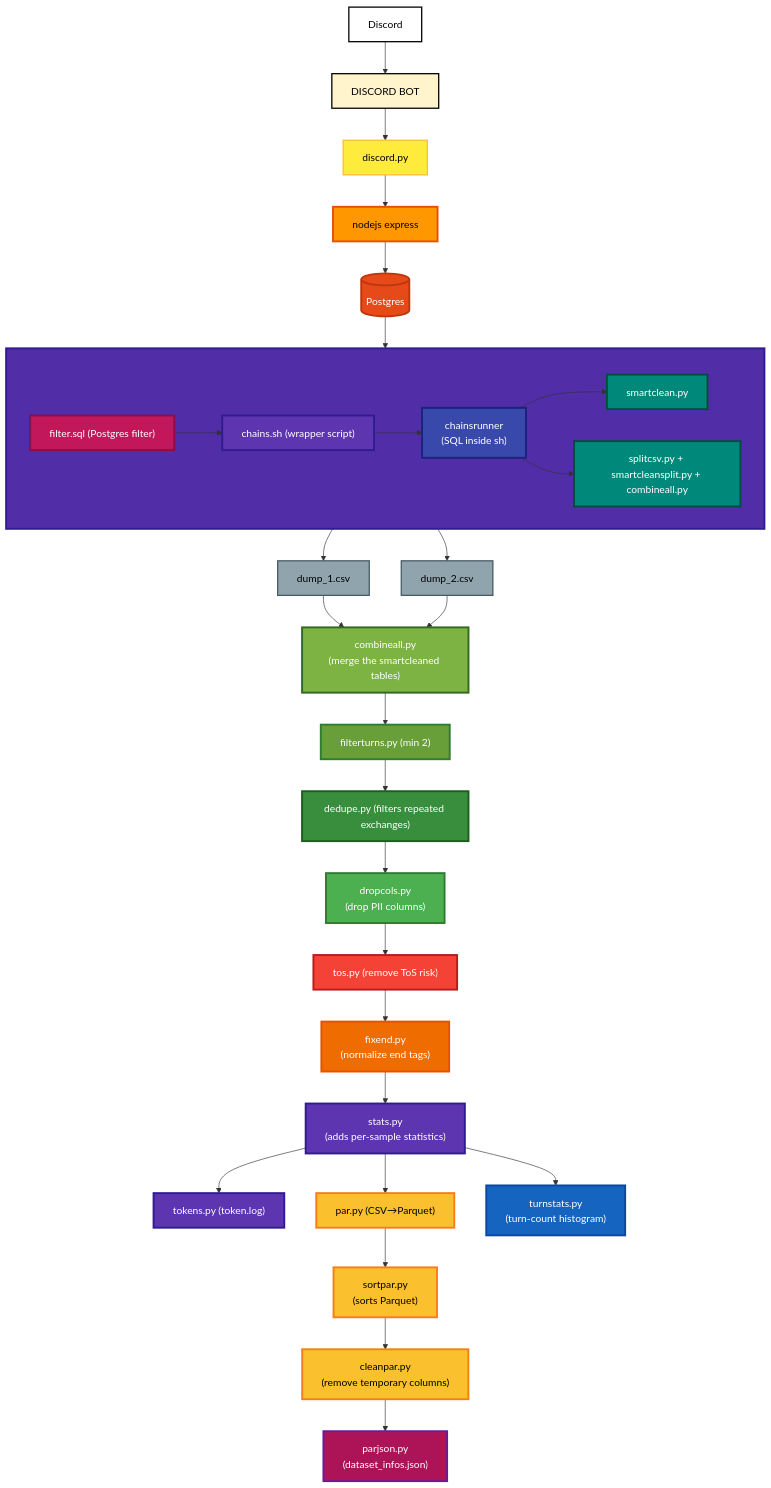
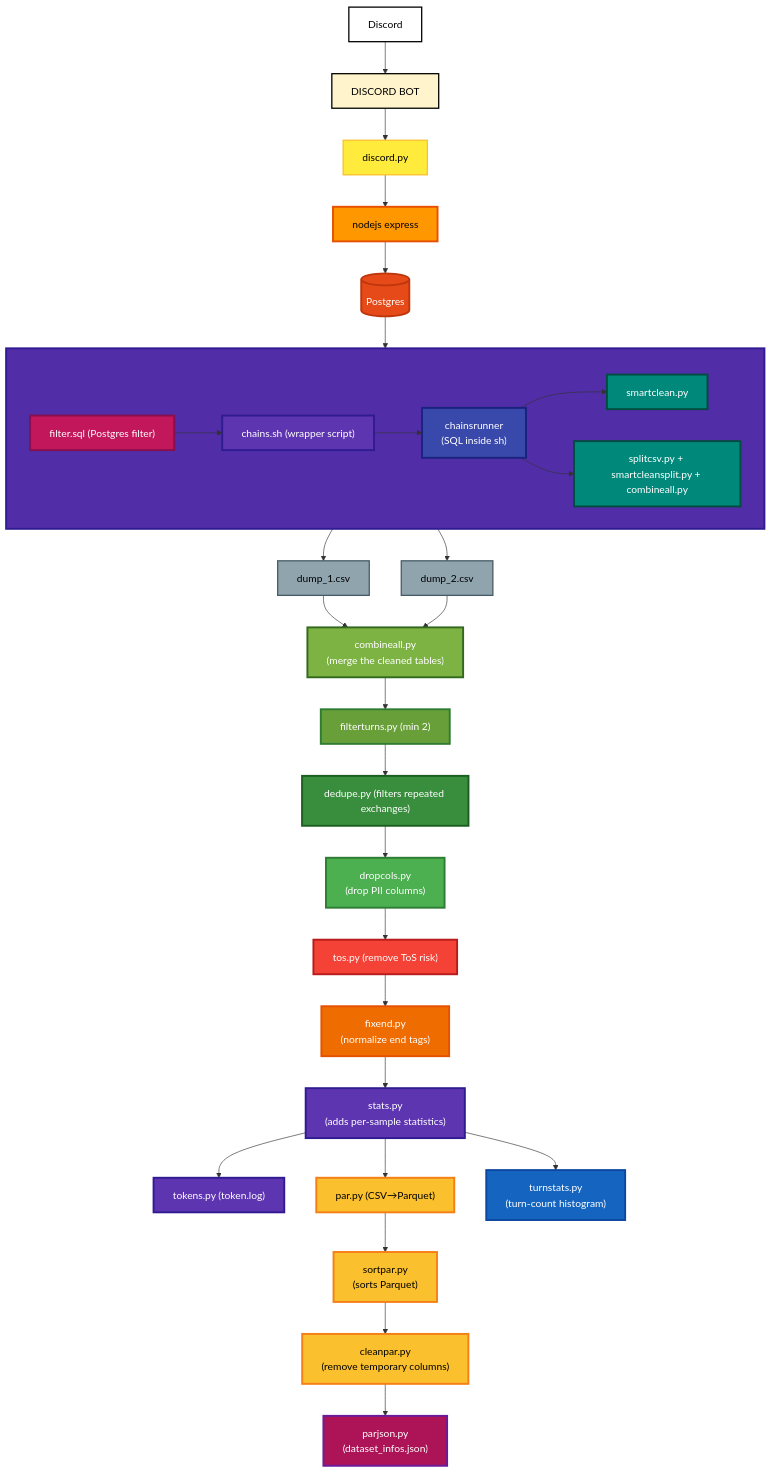
One commit to mookiezi/dataset-pipeline changed the diagram in README.md. Above: the diagram before and after it, drawn with Mermaid.

````diff
--- a/README.md
+++ b/README.md
@@ -11,65 +11,65 @@
 ```mermaid
 flowchart TD
     A[Discord]:::c1 --> B[DISCORD BOT]:::c2
     B --> C[discord.py]:::c3
     C --> D[nodejs express]:::c4
     D --> E[(Postgres)]:::db
 
     E --> G["filter.sql (Postgres filter)"]:::sql
 
     subgraph S[" "]
     direction LR
         G --> H["chains.sh (wrapper script)"]:::c9
         H --> J["chainsrunner<br>(SQL inside sh)"]:::c10
     J --> K["smartclean.py"]:::clean
     J --> L["splitcsv.py + smartcleansplit.py + combineall.py"]:::clean
     end
     style S fill:#512da8,stroke:#311b92,color:#ffffff,stroke-width:3px
 
     %% One dump from each branch
     K --> M1["dump_1.csv"]:::file
     L --> M2["dump_2.csv"]:::file
 
     %% Both go into combineall.py
-    M1 --> N["combineall.py<br>(merge the smartcleaned tables)"]:::c15
+    M1 --> N["combineall.py<br>(merge the cleaned tables)"]:::c15
     M2 --> N
     N --> O["filterturns.py (min 2)"]:::c16
     O --> P["dedupe.py (filters repeated exchanges)"]:::c17
     P --> Q["dropcols.py<br>(drop PII columns)"]:::c18
     Q --> R["tos.py (remove ToS risk)"]:::tos
     R --> S1["fixend.py<br>(normalize end tags)"]:::fix
     S1 --> T["stats.py<br>(adds per-sample statistics)"]:::stats
 
     %% Stats branches → center par.py
     T --> Y["tokens.py (token.log)"]:::stats
     T --> U["par.py (CSV→Parquet)"]:::pack
     T --> Z["turnstats.py<br>(turn-count histogram)"]:::hist
 
     U --> V["sortpar.py<br>(sorts Parquet)"]:::pack
     V --> W["cleanpar.py<br>(remove temporary columns)"]:::pack
     W --> X["parjson.py<br>(dataset_infos.json)"]:::meta
 
     %% STYLE CLASSES (use colons)
     classDef c1 fill:#ffffff,stroke:#000000,color:#000000,stroke-width:2px
     classDef c2 fill:#fff4cc,stroke:#000000,color:#000000,stroke-width:2px
     classDef c3 fill:#ffeb3b,stroke:#fbc02d,color:#000000,stroke-width:2px
     classDef c4 fill:#ff9800,stroke:#e65100,color:#000000,stroke-width:3px
     classDef db fill:#e64a19,stroke:#bf360c,color:#ffffff,stroke-width:3px
     classDef sql fill:#c2185b,stroke:#880e4f,color:#ffffff,stroke-width:3px
     classDef c7 fill:#9c27b0,stroke:#6a1b9a,color:#ffffff,stroke-width:3px
     classDef c9 fill:#5e35b1,stroke:#311b92,color:#ffffff,stroke-width:3px
     classDef c10 fill:#3949ab,stroke:#1a237e,color:#ffffff,stroke-width:3px
     classDef c11 fill:#283593,stroke:#1a237e,color:#ffffff,stroke-width:3px
     classDef clean fill:#00897b,stroke:#004d40,color:#ffffff,stroke-width:3px
     classDef file fill:#90a4ae,stroke:#455a64,color:#000000,stroke-width:2px
     classDef c15 fill:#7cb342,stroke:#33691e,color:#ffffff,stroke-width:3px
     classDef c16 fill:#689f38,stroke:#2e7d32,color:#ffffff,stroke-width:3px
     classDef c17 fill:#388e3c,stroke:#1b5e20,color:#ffffff,stroke-width:3px
     classDef c18 fill:#4caf50,stroke:#2e7d32,color:#ffffff,stroke-width:3px
     classDef tos fill:#f44336,stroke:#b71c1c,color:#ffffff,stroke-width:3px
     classDef fix fill:#ef6c00,stroke:#e65100,color:#ffffff,stroke-width:3px
     classDef stats fill:#5e35b1,stroke:#311b92,color:#ffffff,stroke-width:3px
     classDef pack fill:#fbc02d,stroke:#f57f17,color:#000000,stroke-width:3px
     classDef meta fill:#ad1457,stroke:#6a1b9a,color:#ffffff,stroke-width:3px
     classDef hist fill:#1565c0,stroke:#0d47a1,color:#ffffff,stroke-width:3px
 ```
````
